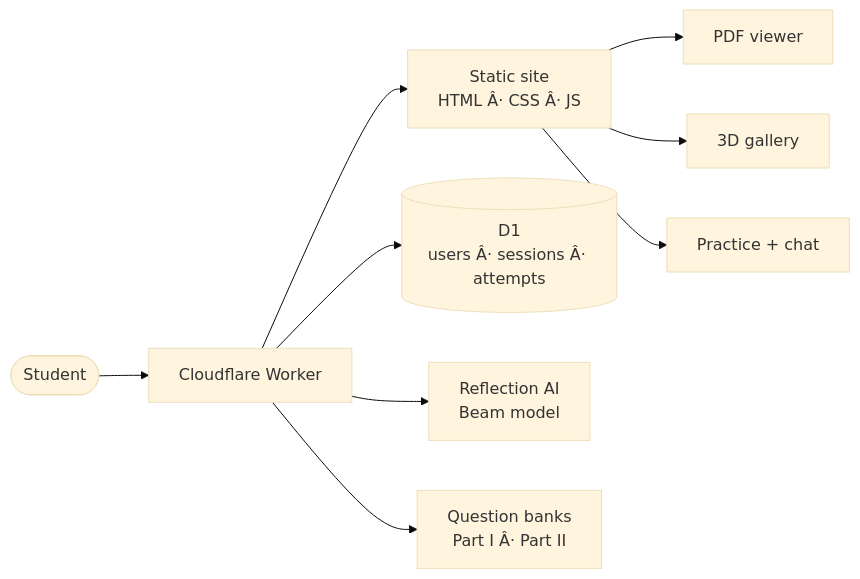
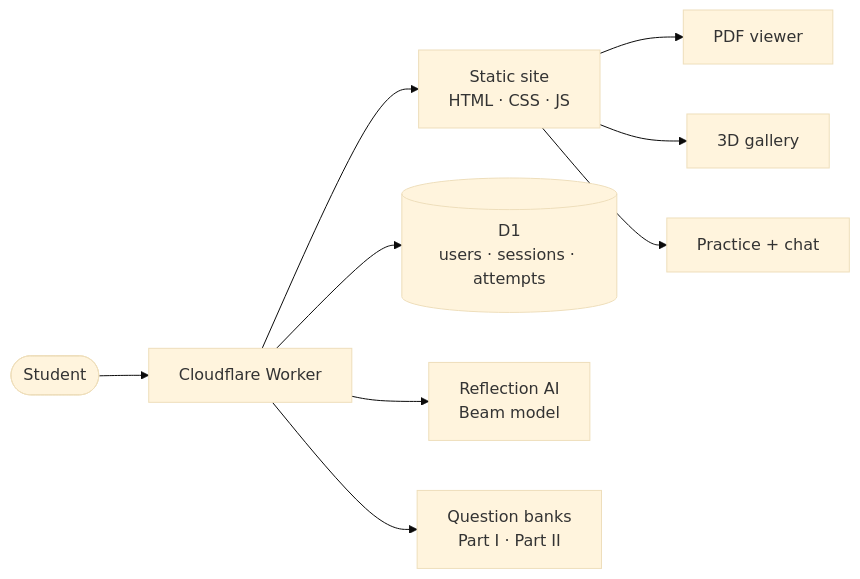
Before and after one commit to MusabStudio/PaperBuddy: the diagram in README.md, drawn with Mermaid (base theme). The commit also changed other lines of this file and 1 other file, not shown here.

````diff
--- a/README.md
+++ b/README.md
@@ -45,11 +45,11 @@
 ```mermaid
 flowchart LR
     S([Student]) --> W[Cloudflare Worker]
-    W --> A[Static site<br/>HTML Â· CSS Â· JS]
-    W --> DB[(D1<br/>users Â· sessions Â· attempts)]
+    W --> A[Static site<br/>HTML · CSS · JS]
+    W --> DB[(D1<br/>users · sessions · attempts)]
     W --> AI[Reflection AI<br/>Beam model]
-    W --> QB[Question banks<br/>Part I Â· Part II]
+    W --> QB[Question banks<br/>Part I · Part II]
     A --> V[PDF viewer]
     A --> G[3D gallery]
     A --> P[Practice + chat]
 ```
````
